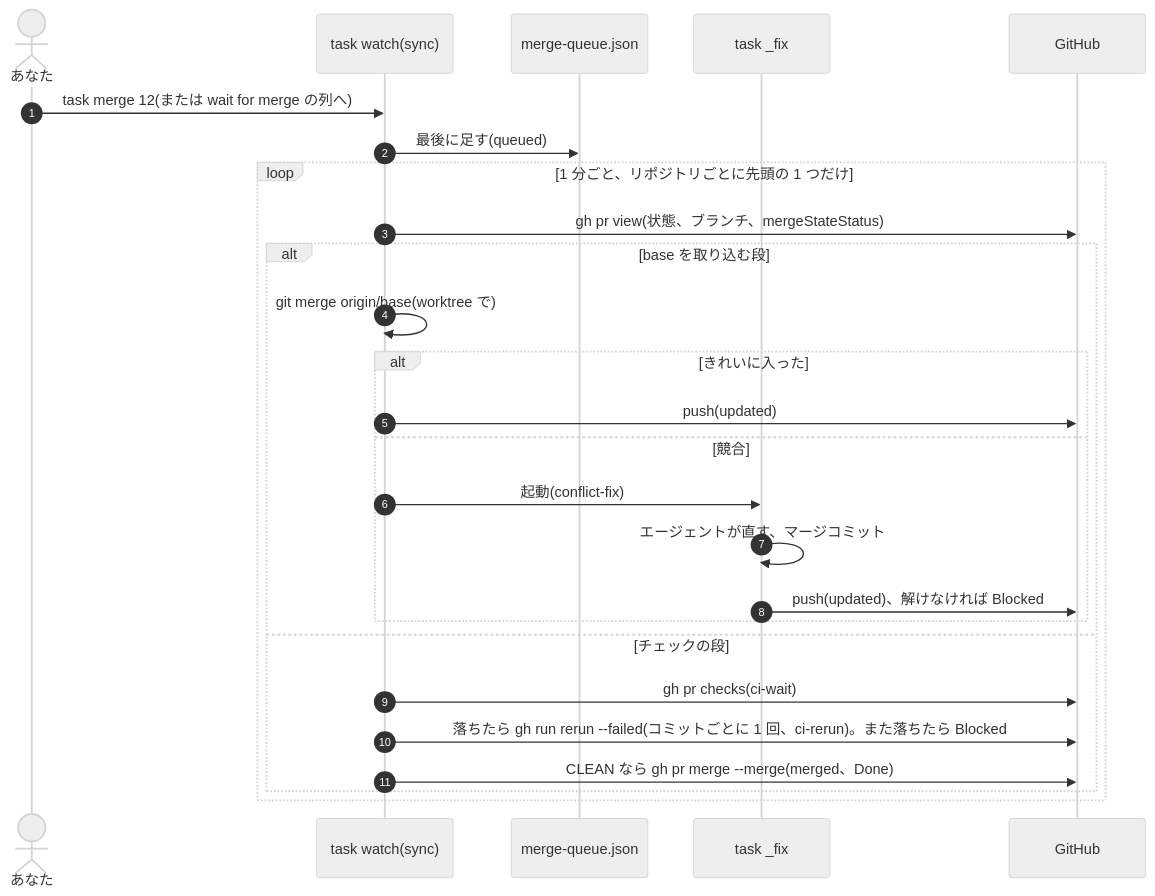
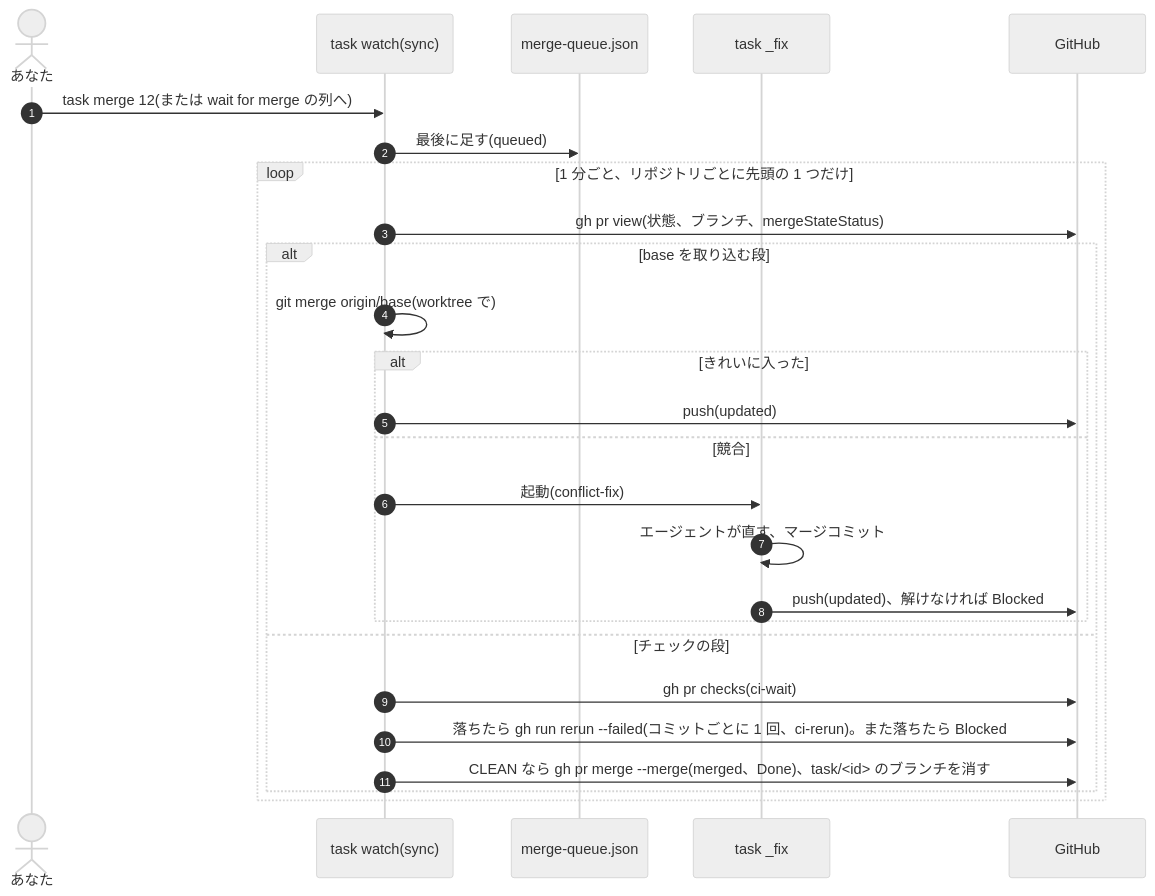
Before and after one commit to jyoka/task-hub: the seventh of 10 diagrams in docs/architecture/hld.md, drawn with Mermaid (neutral theme). The commit also changed 5 other files, not shown here.

````diff
--- a/docs/architecture/hld.md
+++ b/docs/architecture/hld.md
@@ -272,28 +272,28 @@
 ```mermaid
 sequenceDiagram
     autonumber
     actor You as あなた
     participant Task as task watch(sync)
     participant Q as merge-queue.json
     participant Fix as task _fix
     participant GH as GitHub
     You->>Task: task merge 12(または wait for merge の列へ)
     Task->>Q: 最後に足す(queued)
     loop 1 分ごと、リポジトリごとに先頭の 1 つだけ
         Task->>GH: gh pr view(状態、ブランチ、mergeStateStatus)
         alt base を取り込む段
             Task->>Task: git merge origin/base(worktree で)
             alt きれいに入った
                 Task->>GH: push(updated)
             else 競合
                 Task->>Fix: 起動(conflict-fix)
                 Fix->>Fix: エージェントが直す、マージコミット
                 Fix->>GH: push(updated)、解けなければ Blocked
             end
         else チェックの段
             Task->>GH: gh pr checks(ci-wait)
             Task->>GH: 落ちたら gh run rerun --failed(コミットごとに 1 回、ci-rerun)。また落ちたら Blocked
-            Task->>GH: CLEAN なら gh pr merge --merge(merged、Done)
+            Task->>GH: CLEAN なら gh pr merge --merge(merged、Done)、task/<id> のブランチを消す
         end
     end
 ```
````
